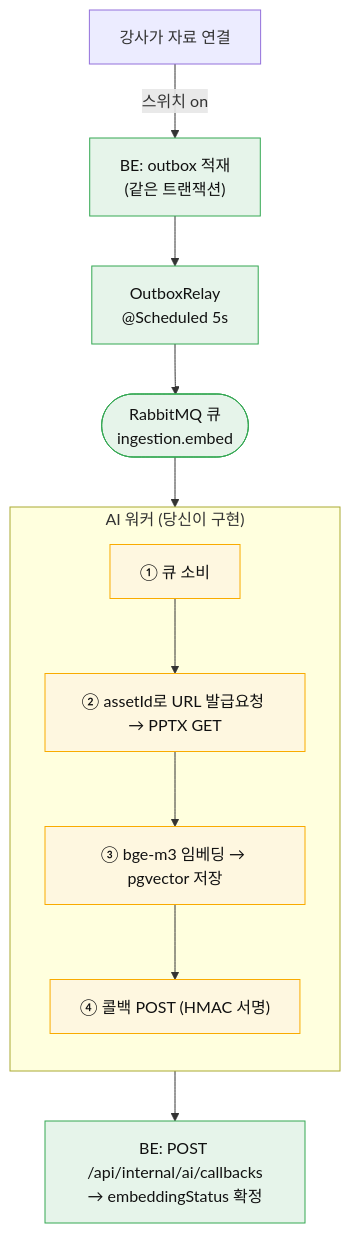
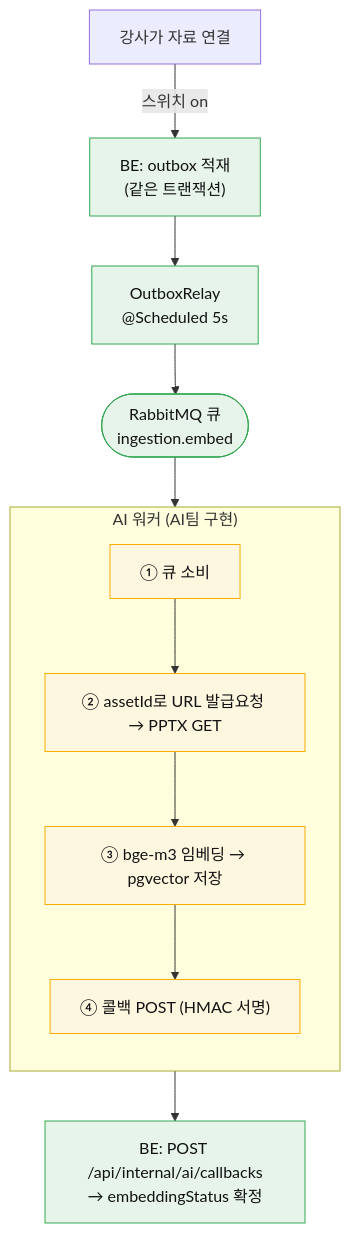
The first of 2 diagrams in docs/ai-embedding-integration.md (thdwjdrl401/jiphyeonjeon), drawn with Mermaid before and after one commit. The commit also changed other lines of this file, not shown here.

Commit message:
docs: AI 인계 가이드 표현 정리 (2인칭·내부 결정라벨 제거 → AI팀 관점)

````diff
--- a/docs/ai-embedding-integration.md
+++ b/docs/ai-embedding-integration.md
@@ -8,21 +8,21 @@
 ```mermaid
 flowchart TD
     A["강사가 자료 연결"] -->|"스위치 on"| B["BE: outbox 적재<br/>(같은 트랜잭션)"]
     B --> C["OutboxRelay<br/>@Scheduled 5s"]
     C --> Q(["RabbitMQ 큐<br/>ingestion.embed"])
     Q --> W1
 
-    subgraph W["AI 워커 (당신이 구현)"]
+    subgraph W["AI 워커 (AI팀 구현)"]
         direction TB
         W1["① 큐 소비"] --> W2["② assetId로 URL 발급요청 → PPTX GET"]
         W2 --> W3["③ bge-m3 임베딩 → pgvector 저장"]
         W3 --> W4["④ 콜백 POST (HMAC 서명)"]
     end
 
     W4 --> D["BE: POST /api/internal/ai/callbacks<br/>→ embeddingStatus 확정"]
 
     classDef done fill:#e6f4ea,stroke:#34a853,color:#111;
     classDef todo fill:#fef7e0,stroke:#f9ab00,color:#111;
     class B,C,Q,D done;
     class W1,W2,W3,W4 todo;
 ```
````
